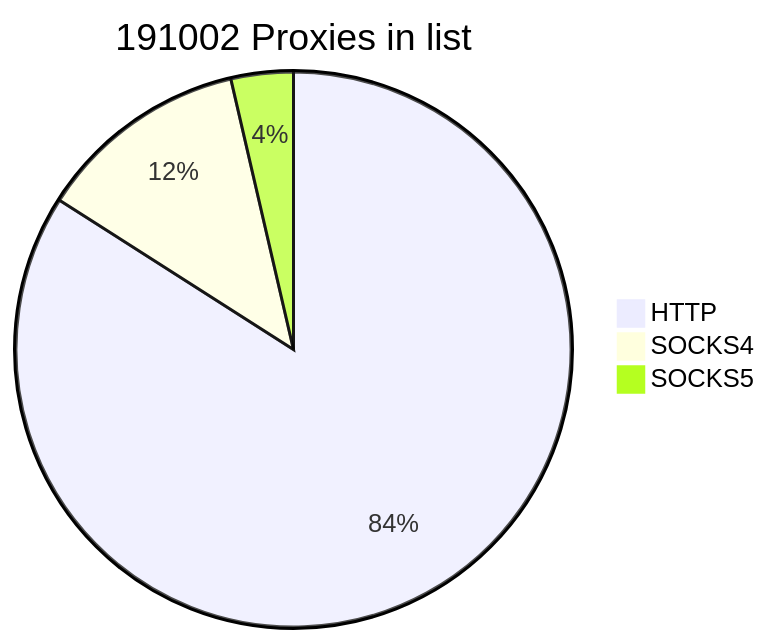
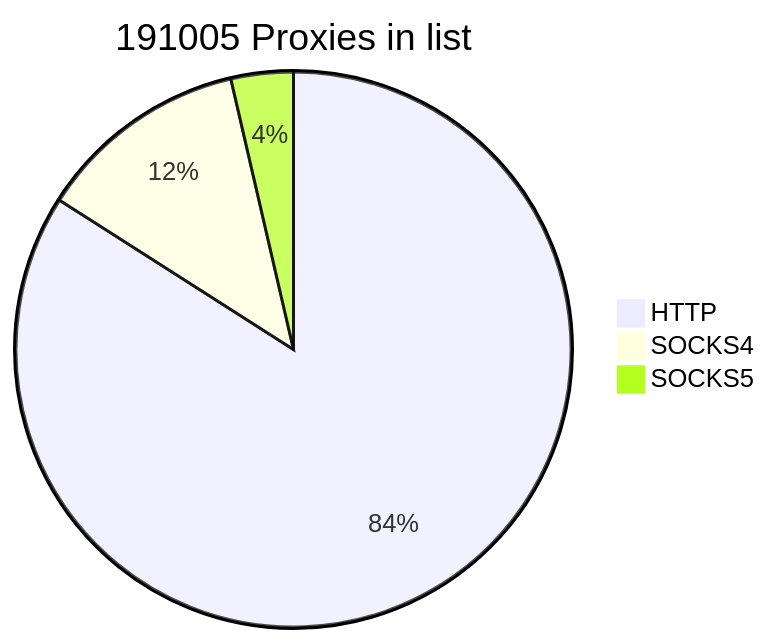
Before and after one commit to cutipu/proxylist: the first of 2 diagrams in README.md, drawn with Mermaid. The commit also changed other lines of this file, not shown here.

````diff
--- a/README.md
+++ b/README.md
@@ -2,7 +2,7 @@
 ```mermaid
-pie title 191002 Proxies in list
-    "HTTP" : 160520
+pie title 191005 Proxies in list
+    "HTTP" : 160522
     "SOCKS4" : 23563
-    "SOCKS5" : 6919
+    "SOCKS5" : 6920
             
 ```
````
